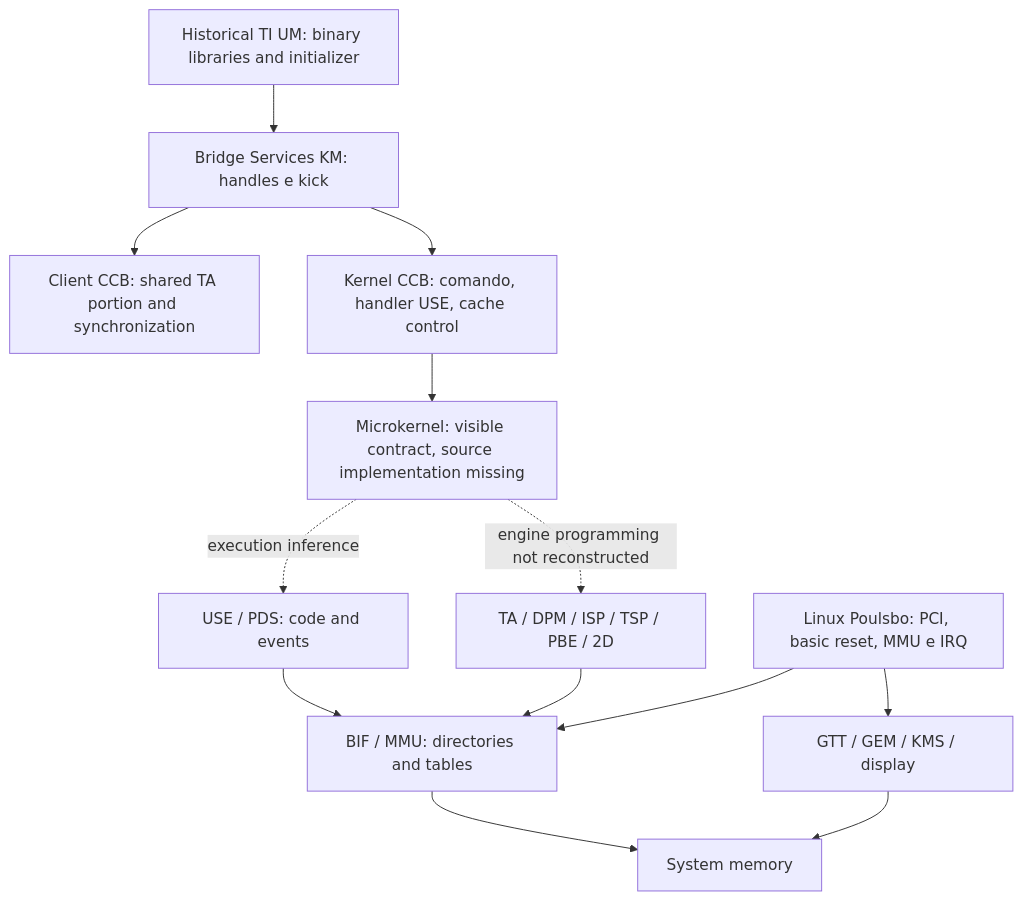
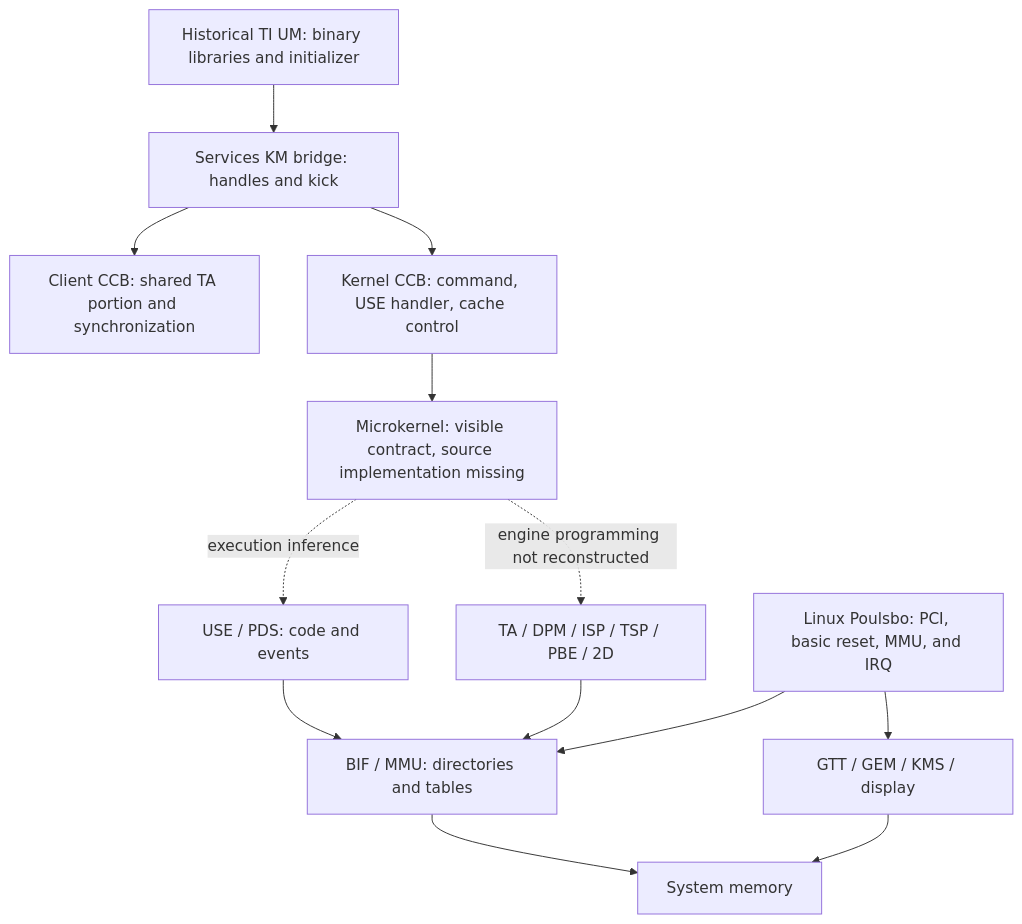
The diagram in docs/architecture.md (gabrieelgama/SGX535-reMESA), drawn with Mermaid before and after one commit. The commit also changed other lines of this file and 32 other files, not shown here.

````diff
--- a/docs/architecture.md
+++ b/docs/architecture.md
@@ -31,26 +31,26 @@
 ```mermaid
 flowchart TD
     UM[Historical TI UM: binary libraries and initializer]
-    BR[Bridge Services KM: handles e kick]
+    BR[Services KM bridge: handles and kick]
     TA[Client CCB: shared TA portion and synchronization]
-    KC[Kernel CCB: comando, handler USE, cache control]
+    KC[Kernel CCB: command, USE handler, cache control]
     MK[Microkernel: visible contract, source implementation missing]
     USE[USE / PDS: code and events]
     ENG[TA / DPM / ISP / TSP / PBE / 2D]
     BIF[BIF / MMU: directories and tables]
     MEM[System memory]
-    PSB[Linux Poulsbo: PCI, basic reset, MMU e IRQ]
+    PSB[Linux Poulsbo: PCI, basic reset, MMU, and IRQ]
     GTT[GTT / GEM / KMS / display]
     UM --> BR
     BR --> TA
     BR --> KC
     KC --> MK
     MK -. execution inference .-> USE
     MK -. engine programming not reconstructed .-> ENG
     USE --> BIF
     ENG --> BIF
     BIF --> MEM
     PSB --> BIF
     PSB --> GTT
     GTT --> MEM
 ```
````
